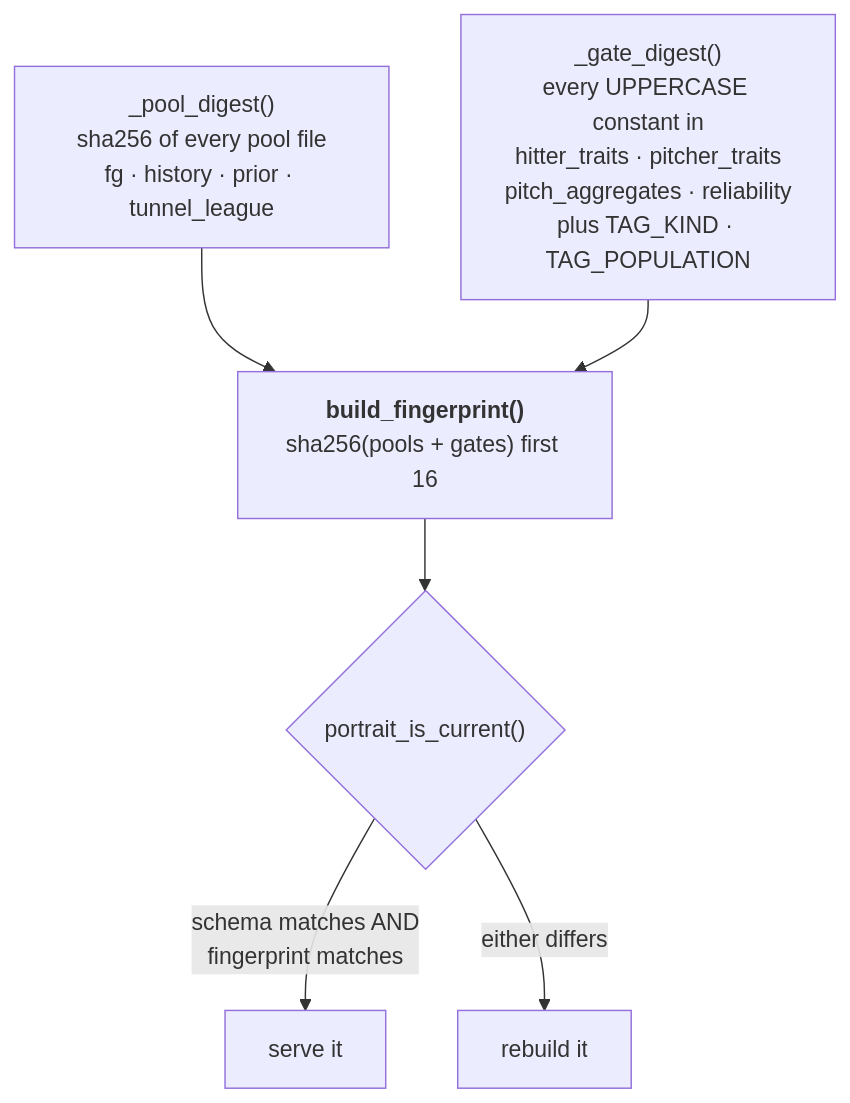
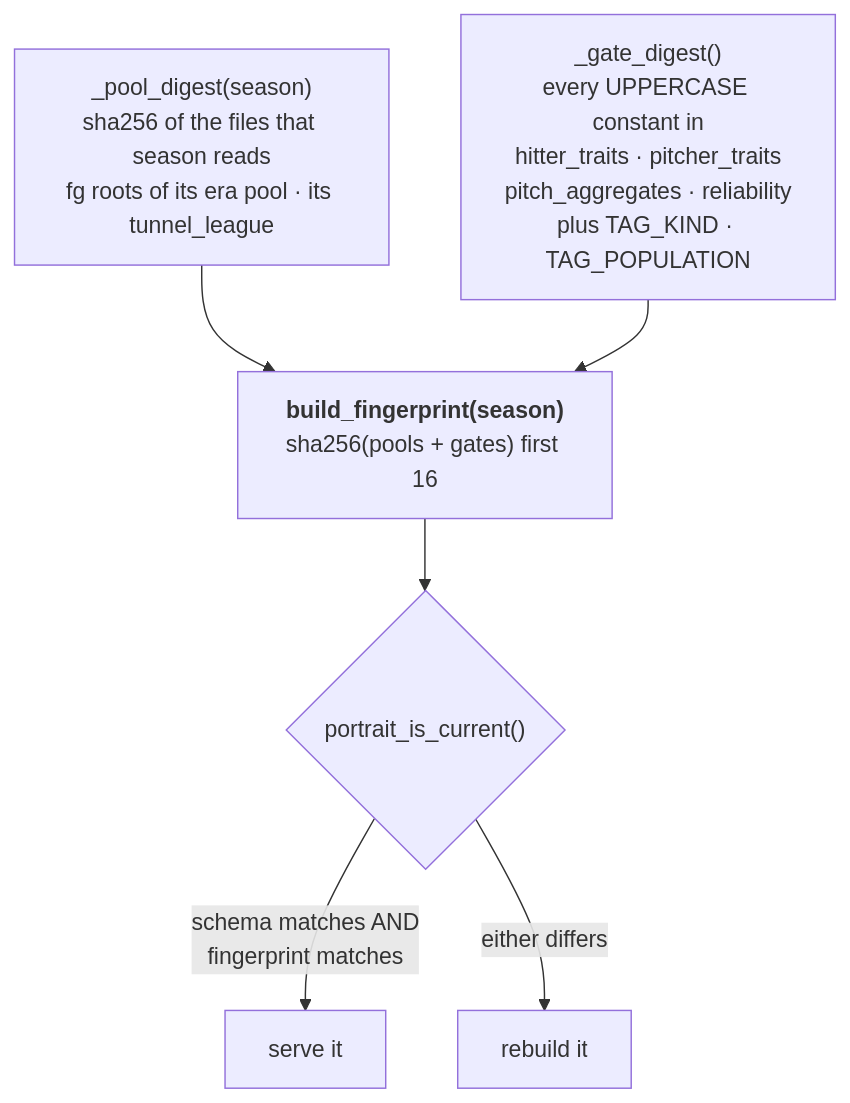
Before and after one commit to SebastianAbarca/baseball-analytics: the third of 7 diagrams in docs/ARCHITECTURE.md, drawn with Mermaid. The commit also changed other lines of this file and 38 other files, not shown here.

````diff
--- a/docs/ARCHITECTURE.md
+++ b/docs/ARCHITECTURE.md
@@ -109,15 +109,15 @@
 ```mermaid
 flowchart TD
-    P1["_pool_digest()<br/>sha256 of every pool file<br/>fg · history · prior · tunnel_league"]
+    P1["_pool_digest(season)<br/>sha256 of the files that season reads<br/>fg roots of its era pool · its tunnel_league"]
     P2["_gate_digest()<br/>every UPPERCASE constant in<br/>hitter_traits · pitcher_traits<br/>pitch_aggregates · reliability<br/>plus TAG_KIND · TAG_POPULATION"]
-    FP["<b>build_fingerprint()</b><br/>sha256(pools + gates) first 16"]
+    FP["<b>build_fingerprint(season)</b><br/>sha256(pools + gates) first 16"]
     Q{"portrait_is_current()"}
     SERVE["serve it"]
     BUILD["rebuild it"]
 
     P1 --> FP
     P2 --> FP
     FP --> Q
     Q -->|"schema matches AND<br/>fingerprint matches"| SERVE
     Q -->|"either differs"| BUILD
 ```
````
